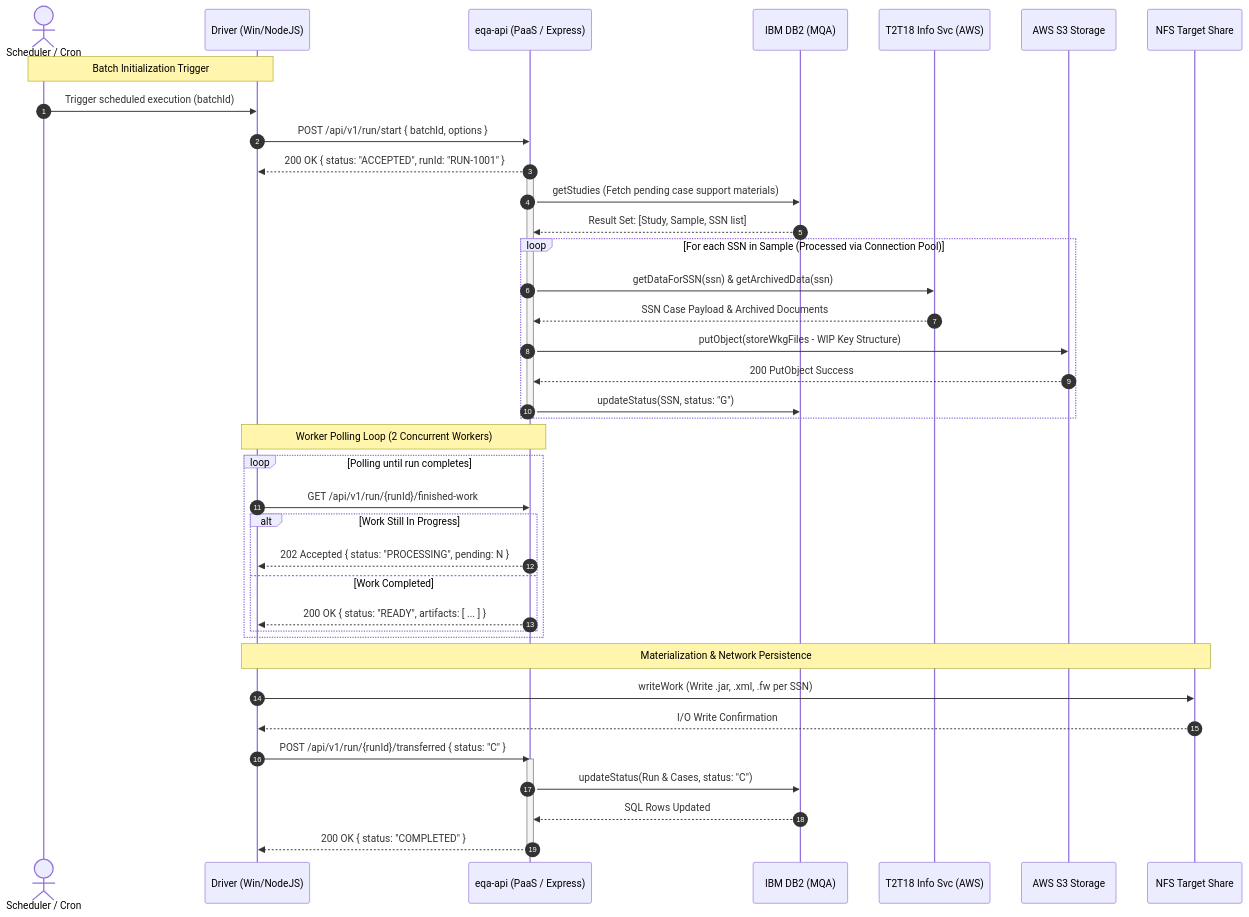
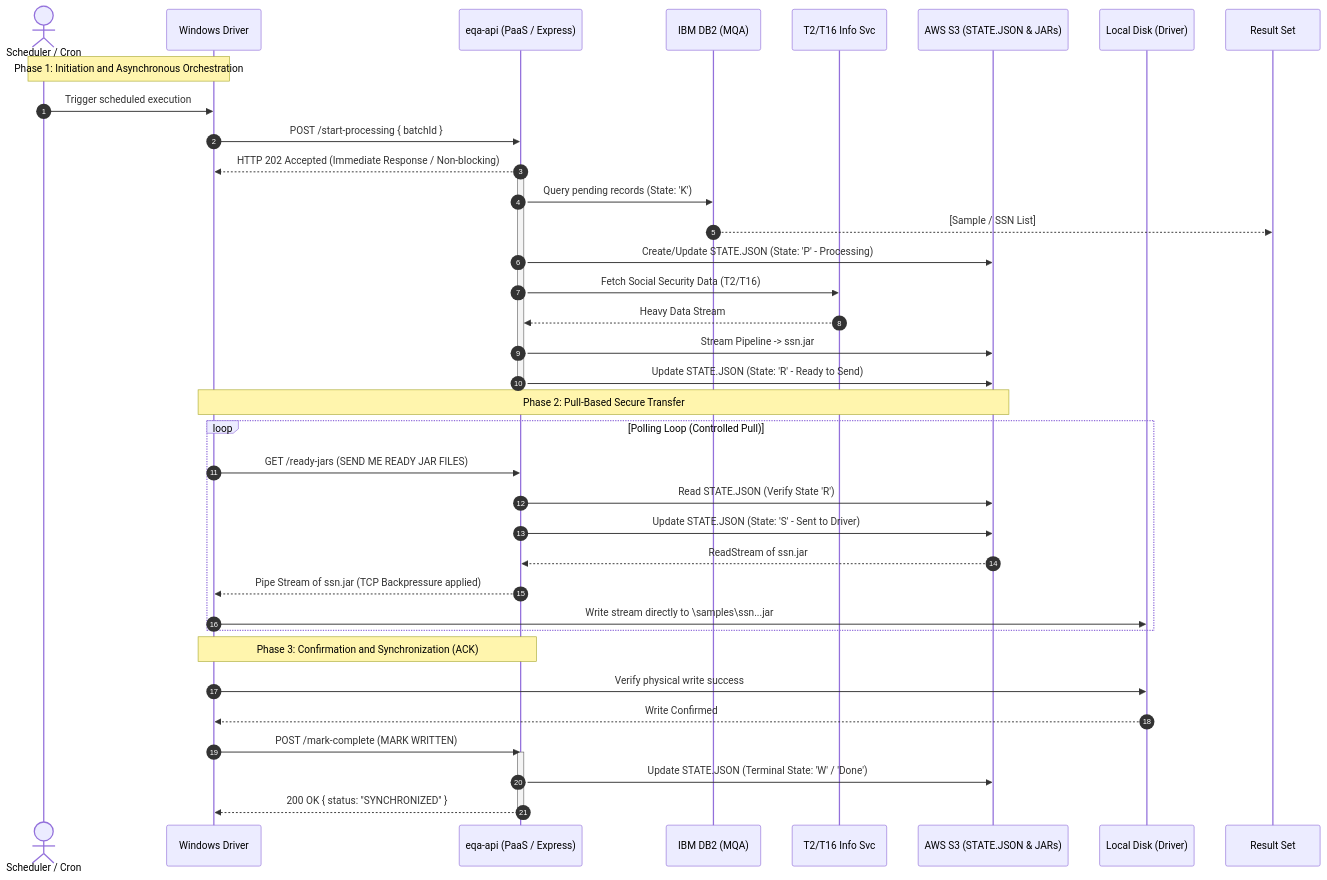
Before and after one commit to wvillegasm/eeqa-a: the second of 2 diagrams in system_architecture_and_technical_specification_for_eqa_api.md, drawn with Mermaid. The commit also changed other lines of this file and 3 other files, not shown here.

````diff
--- a/system_architecture_and_technical_specification_for_eqa_api.md
+++ b/system_architecture_and_technical_specification_for_eqa_api.md
@@ -124,50 +116,47 @@
 ```mermaid
 sequenceDiagram
     autonumber
     actor Cron as Scheduler / Cron
-    participant Driver as Driver (Win/NodeJS)
+    participant Driver as Windows Driver
     participant API as eqa-api (PaaS / Express)
     participant DB2 as IBM DB2 (MQA)
-    participant T2T18 as T2T18 Info Svc (AWS)
-    participant S3 as AWS S3 Storage
-    participant NFS as NFS Target Share
+    participant T2T16 as T2/T16 Info Svc
+    participant S3 as AWS S3 (STATE.JSON & JARs)
+    participant Disk as Local Disk (Driver)
 
-    Note over Cron,Driver: Batch Initialization Trigger
-    Cron->>Driver: Trigger scheduled execution (batchId)
-    Driver->>API: POST /api/v1/run/start { batchId, options }
-    API-->>Driver: 200 OK { status: "ACCEPTED", runId: "RUN-1001" }
+    Note over Cron,Driver: Phase 1: Initiation and Asynchronous Orchestration
+    Cron->>Driver: Trigger scheduled execution
+    Driver->>API: POST /start-processing { batchId }
+    API-->>Driver: HTTP 202 Accepted (Immediate Response / Non-blocking)
 
     activate API
-    API->>DB2: getStudies (Fetch pending case support materials)
-    DB2-->>API: Result Set: [Study, Sample, SSN list]
+    API->>DB2: Query pending records (State: 'K')
+    DB2-->>Result Set: [Sample / SSN List]
+    API->>S3: Create/Update STATE.JSON (State: 'P' - Processing)
 
-    loop For each SSN in Sample (Processed via Connection Pool)
-        API->>T2T18: getDataForSSN(ssn) & getArchivedData(ssn)
-        T2T18-->>API: SSN Case Payload & Archived Documents
-        API->>S3: putObject(storeWkgFiles - WIP Key Structure)
-        S3-->>API: 200 PutObject Success
-        API->>DB2: updateStatus(SSN, status: "G")
-    end
+    API->>T2T16: Fetch Social Security Data (T2/T16)
+    T2T16-->>API: Heavy Data Stream
+    API->>S3: Stream Pipeline -> ssn.jar
+    API->>S3: Update STATE.JSON (State: 'R' - Ready to Send)
     deactivate API
 
-    Note over Driver,API: Worker Polling Loop (2 Concurrent Workers)
-    loop Polling until run completes
-        Driver->>API: GET /api/v1/run/{runId}/finished-work
-        alt Work Still In Progress
-            API-->>Driver: 202 Accepted { status: "PROCESSING", pending: N }
-        else Work Completed
-            API-->>Driver: 200 OK { status: "READY", artifacts: [ ... ] }
-        end
+    Note over Driver,S3: Phase 2: Pull-Based Secure Transfer
+    loop Polling Loop (Controlled Pull)
+        Driver->>API: GET /ready-jars (SEND ME READY JAR FILES)
+        API->>S3: Read STATE.JSON (Verify State 'R')
+        API->>S3: Update STATE.JSON (State: 'S' - Sent to Driver)
+        S3-->>API: ReadStream of ssn.jar
+        API-->>Driver: Pipe Stream of ssn.jar (TCP Backpressure applied)
+        Driver->>Disk: Write stream directly to \samples\ssn...jar
     end
 
-    Note over Driver,NFS: Materialization & Network Persistence
-    Driver->>NFS: writeWork (Write .jar, .xml, .fw per SSN)
-    NFS-->>Driver: I/O Write Confirmation
+    Note over Driver,API: Phase 3: Confirmation and Synchronization (ACK)
+    Driver->>Disk: Verify physical write success
+    Disk-->>Driver: Write Confirmed
+    Driver->>API: POST /mark-complete (MARK WRITTEN)
+    activate API
+    API->>S3: Update STATE.JSON (Terminal State: 'W' / 'Done')
+    API-->>Driver: 200 OK { status: "SYNCHRONIZED" }
+    deactivate API
 
-    Driver->>API: POST /api/v1/run/{runId}/transferred { status: "C" }
-    activate API
-    API->>DB2: updateStatus(Run & Cases, status: "C")
-    DB2-->>API: SQL Rows Updated
-    API-->>Driver: 200 OK { status: "COMPLETED" }
-    deactivate API
 ```
````
